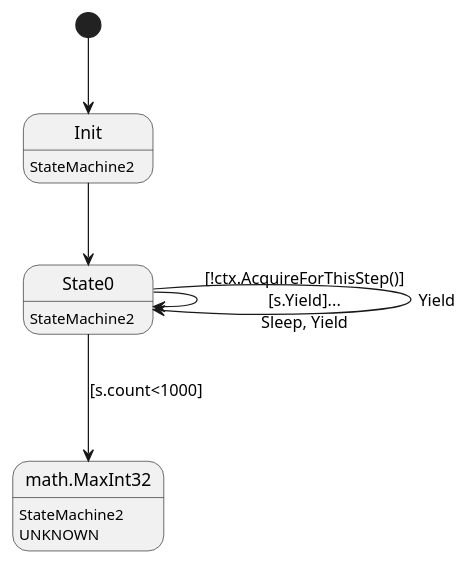
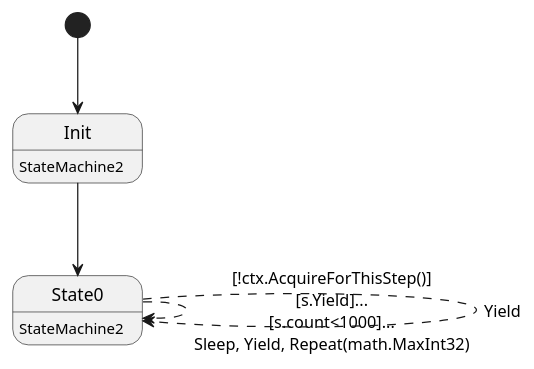
Before and after one commit to insolar/assured-ledger: the diagram in ledger-core/conveyor/smachine/main/example/example_2.plantuml, drawn with PlantUML. The commit also changed 15 other files, not shown here.

Commit message:
UML Update

```diff
--- a/ledger-core/conveyor/smachine/main/example/example_2.plantuml
+++ b/ledger-core/conveyor/smachine/main/example/example_2.plantuml
@@ -1,14 +1,10 @@
 @startuml
 state "Init" as T00_S001
 T00_S001 : StateMachine2
 [*] --> T00_S001
 T00_S001 --> T00_S002
 state "State0" as T00_S002
 T00_S002 : StateMachine2
-T00_S002 -> T00_S002 : [!ctx.AcquireForThisStep()]\n[s.Yield]...\nSleep, Yield
-state "math.MaxInt32" as T00_U001
-T00_U001 : StateMachine2
-T00_U001 : UNKNOWN 
-T00_S002 --> T00_U001 : [s.count<1000]\n
-T00_S002 --> T00_S002 : Yield
+T00_S002 --[dashed]> T00_S002 : [!ctx.AcquireForThisStep()]\n[s.Yield]...\n[s.count<1000]...\nSleep, Yield, Repeat(math.MaxInt32)
+T00_S002 --[dashed]> T00_S002 : Yield
 @enduml
```
